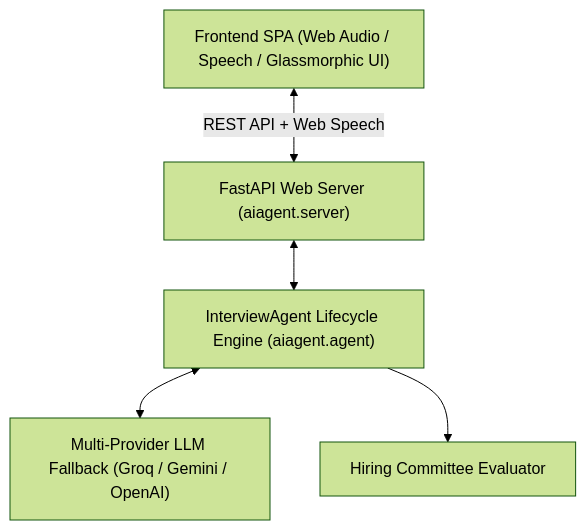
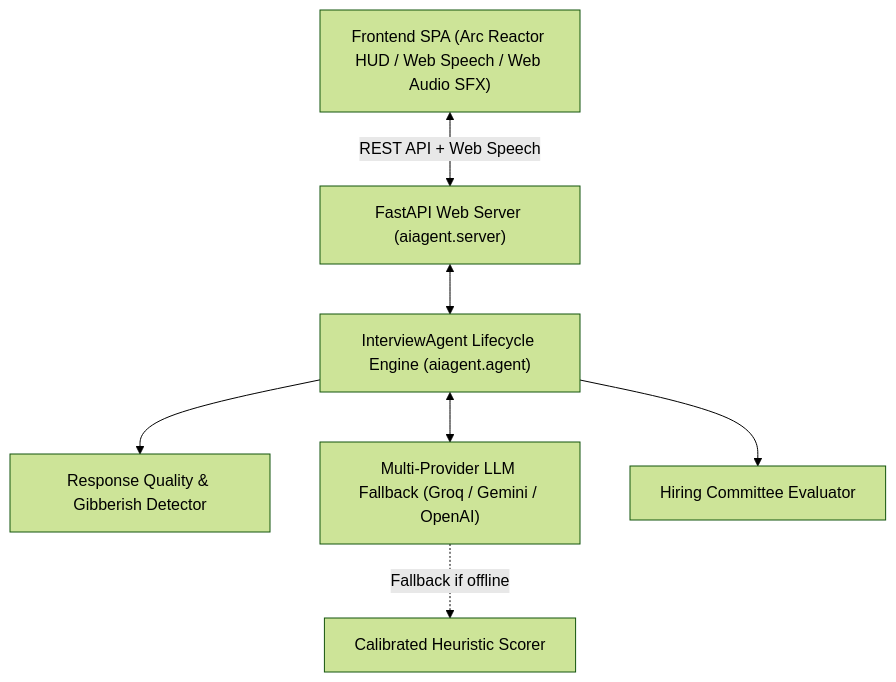
One commit to ADITYAKASHYAPSHARMA/ai-interviewer changed the diagram in README.md. Above: the diagram before and after it, drawn with Mermaid (forest theme). The commit also changed other lines of this file and 6 other files, not shown here.

Commit message:
feat: upgrade to J.A.R.V.I.S. with calibrated accuracy engine and Arc Reactor HUD

````diff
--- a/README.md
+++ b/README.md
@@ -40,13 +45,17 @@
 ```mermaid
 graph TD
-    Client["Frontend SPA (Web Audio / Speech / Glassmorphic UI)"]
+    Client["Frontend SPA (Arc Reactor HUD / Web Speech / Web Audio SFX)"]
     FastAPI["FastAPI Web Server (aiagent.server)"]
     Agent["InterviewAgent Lifecycle Engine (aiagent.agent)"]
+    Detector["Response Quality & Gibberish Detector"]
     LLMChain["Multi-Provider LLM Fallback (Groq / Gemini / OpenAI)"]
-    Scorecard["Hiring Committee Evaluator"]
+    Heuristic["Calibrated Heuristic Scorer"]
+    Dossier["Hiring Committee Evaluator"]
 
     Client <-->|REST API + Web Speech| FastAPI
     FastAPI <--> Agent
+    Agent --> Detector
     Agent <--> LLMChain
-    Agent --> Scorecard
+    LLMChain -.->|Fallback if offline| Heuristic
+    Agent --> Dossier
 ```
````
